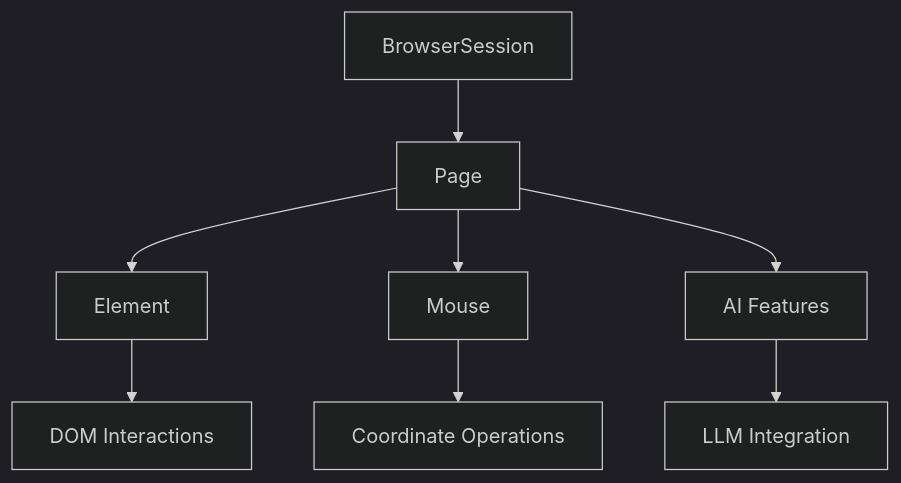
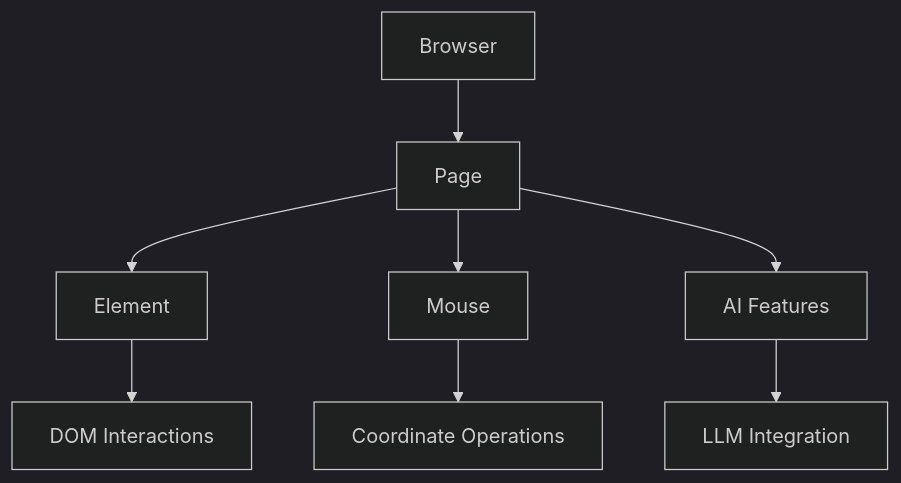
One commit to yuxihuan-cpu/browser-agent changed the diagram in docs/customize/actor/basics.mdx. Above: the diagram before and after it, drawn with Mermaid (dark theme). The commit also changed other lines of this file and 1 other file, not shown here.

Commit message:
BrowserSession -> Browser

````diff
--- a/docs/customize/actor/basics.mdx
+++ b/docs/customize/actor/basics.mdx
@@ -10,10 +10,10 @@
 ```mermaid
 graph TD
-    A[BrowserSession] --> B[Page]
+    A[Browser] --> B[Page]
     B --> C[Element]
     B --> D[Mouse]
     B --> E[AI Features]
     C --> F[DOM Interactions]
     D --> G[Coordinate Operations]
     E --> H[LLM Integration]
 ```
````
